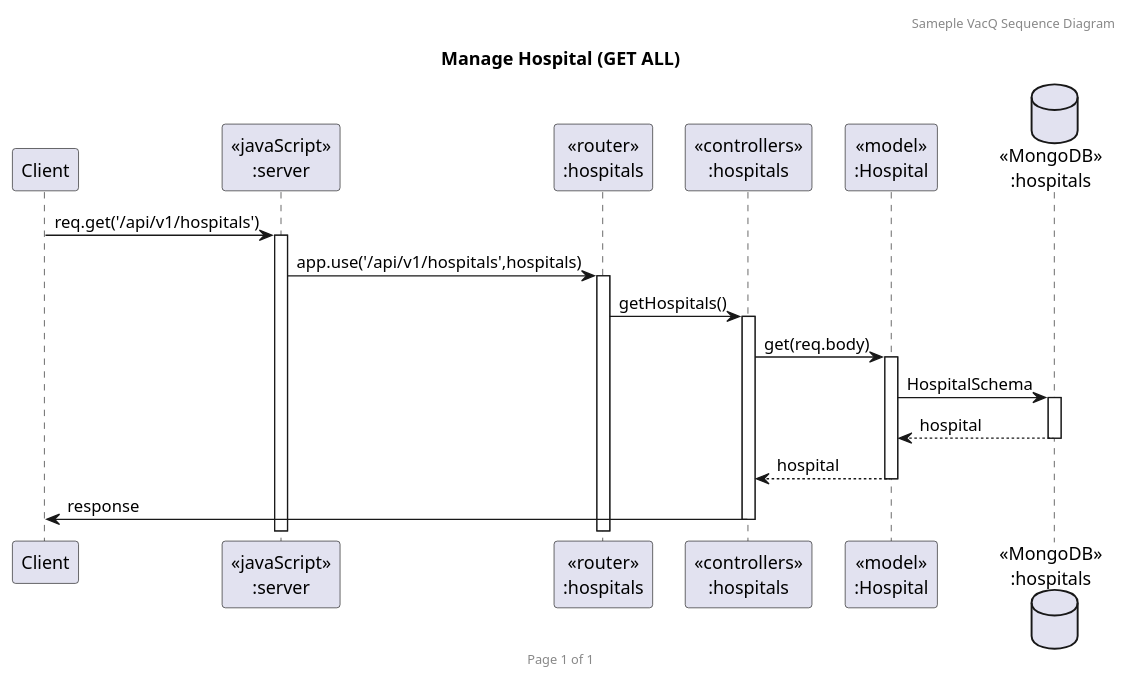
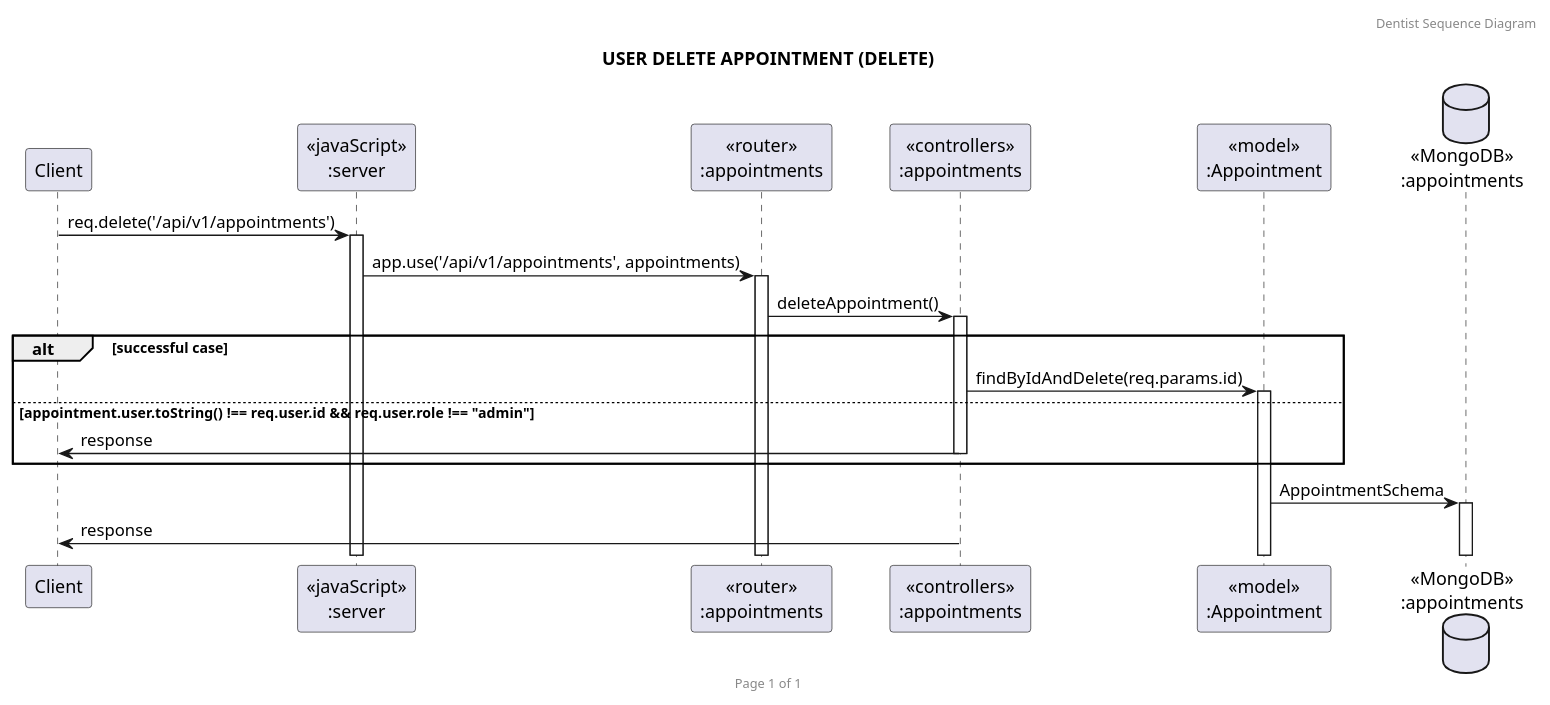
The diagram in puml/Sequence Diagram/6.User Delete Appointment.puml (PePeKirika/Backend-Project-Dentist), drawn with PlantUML before and after one commit. The commit also changed 4 other files, not shown here.

```diff
--- a/puml/Sequence Diagram/6.User Delete Appointment.puml
+++ b/puml/Sequence Diagram/6.User Delete Appointment.puml
@@ -1,23 +1,27 @@
-@startuml Manage Hospital (GET ALL)
+@startuml USER DELETE APPOINTMENT (DELETE)
 
-header Sameple VacQ Sequence Diagram
+header Dentist Sequence Diagram
 footer Page %page% of %lastpage%
-title "Manage Hospital (GET ALL)"
+title "USER DELETE APPOINTMENT (DELETE)"
 
 participant "Client" as client
 participant "<<javaScript>>\n:server" as server
-participant "<<router>>\n:hospitals" as routerHospitals
-participant "<<controllers>>\n:hospitals" as controllersHospitals
-participant "<<model>>\n:Hospital" as modelHospital
-database "<<MongoDB>>\n:hospitals" as HospitalsDatabase
+participant "<<router>>\n:appointments" as routerAppointments
+participant "<<controllers>>\n:appointments" as controllersAppointments
+participant "<<model>>\n:Appointment" as modelAppointment
+database "<<MongoDB>>\n:appointments" as AppointmentsDatabase
 
-client->server ++:req.get('/api/v1/hospitals')
-server->routerHospitals ++:app.use('/api/v1/hospitals',hospitals)
-routerHospitals -> controllersHospitals ++:getHospitals()
-controllersHospitals->modelHospital ++:get(req.body)
-modelHospital ->HospitalsDatabase ++: HospitalSchema
-HospitalsDatabase --> modelHospital --: hospital
-controllersHospitals <-- modelHospital --:hospital
-controllersHospitals->client --:response
+client->server ++:req.delete('/api/v1/appointments')
+server->routerAppointments ++:app.use('/api/v1/appointments', appointments)
+routerAppointments -> controllersAppointments ++:deleteAppointment()
+
+alt successful case
+    controllersAppointments->modelAppointment ++:findByIdAndDelete(req.params.id)
+else appointment.user.toString() !== req.user.id && req.user.role !== "admin"
+    controllersAppointments->client --:response
+end
+
+modelAppointment ->AppointmentsDatabase ++: AppointmentSchema
+controllersAppointments->client --:response
 
 @enduml
```
